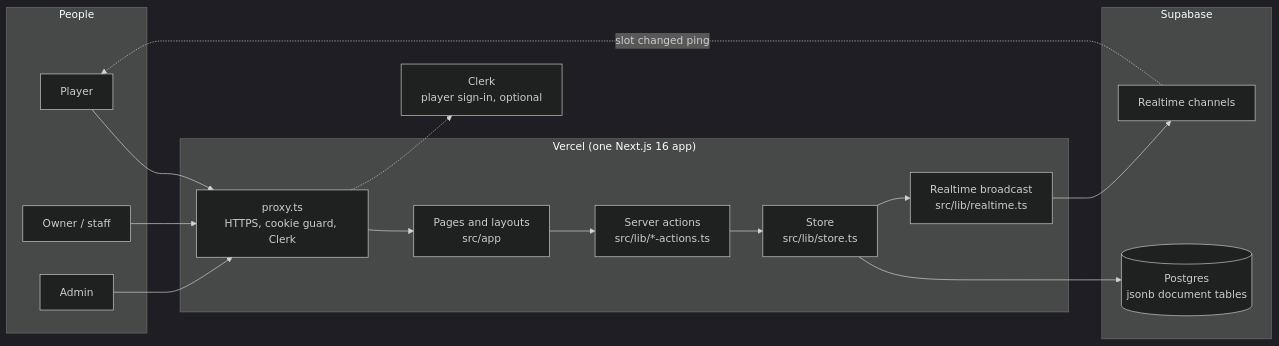
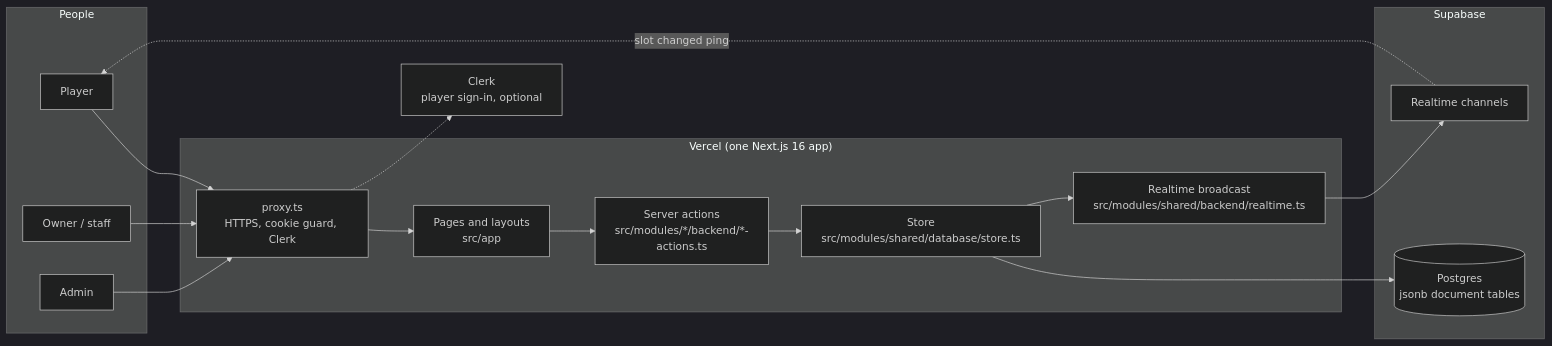
Before and after one commit to devcnisham/oyun: the first of 15 diagrams in docs/CODEBASE-MAP.md, drawn with Mermaid (dark theme). The commit also changed other lines of this file and 786 other files, not shown here.

````diff
--- a/docs/CODEBASE-MAP.md
+++ b/docs/CODEBASE-MAP.md
@@ -9,27 +9,27 @@
 ```mermaid
 flowchart LR
   subgraph People
     P[Player]
     O[Owner / staff]
     A[Admin]
   end
   subgraph Vercel["Vercel (one Next.js 16 app)"]
     PX[proxy.ts<br/>HTTPS, cookie guard, Clerk]
     PG[Pages and layouts<br/>src/app]
-    SA[Server actions<br/>src/lib/*-actions.ts]
-    ST[Store<br/>src/lib/store.ts]
-    RT[Realtime broadcast<br/>src/lib/realtime.ts]
+    SA[Server actions<br/>src/modules/*/backend/*-actions.ts]
+    ST[Store<br/>src/modules/shared/database/store.ts]
+    RT[Realtime broadcast<br/>src/modules/shared/backend/realtime.ts]
   end
   subgraph Supabase
     DB[(Postgres<br/>jsonb document tables)]
     RTS[Realtime channels]
   end
   CK[Clerk<br/>player sign-in, optional]
   P --> PX
   O --> PX
   A --> PX
   PX --> PG --> SA --> ST --> DB
   ST --> RT --> RTS
   RTS -. "slot changed" ping .-> P
   PX -.-> CK
 ```
````
